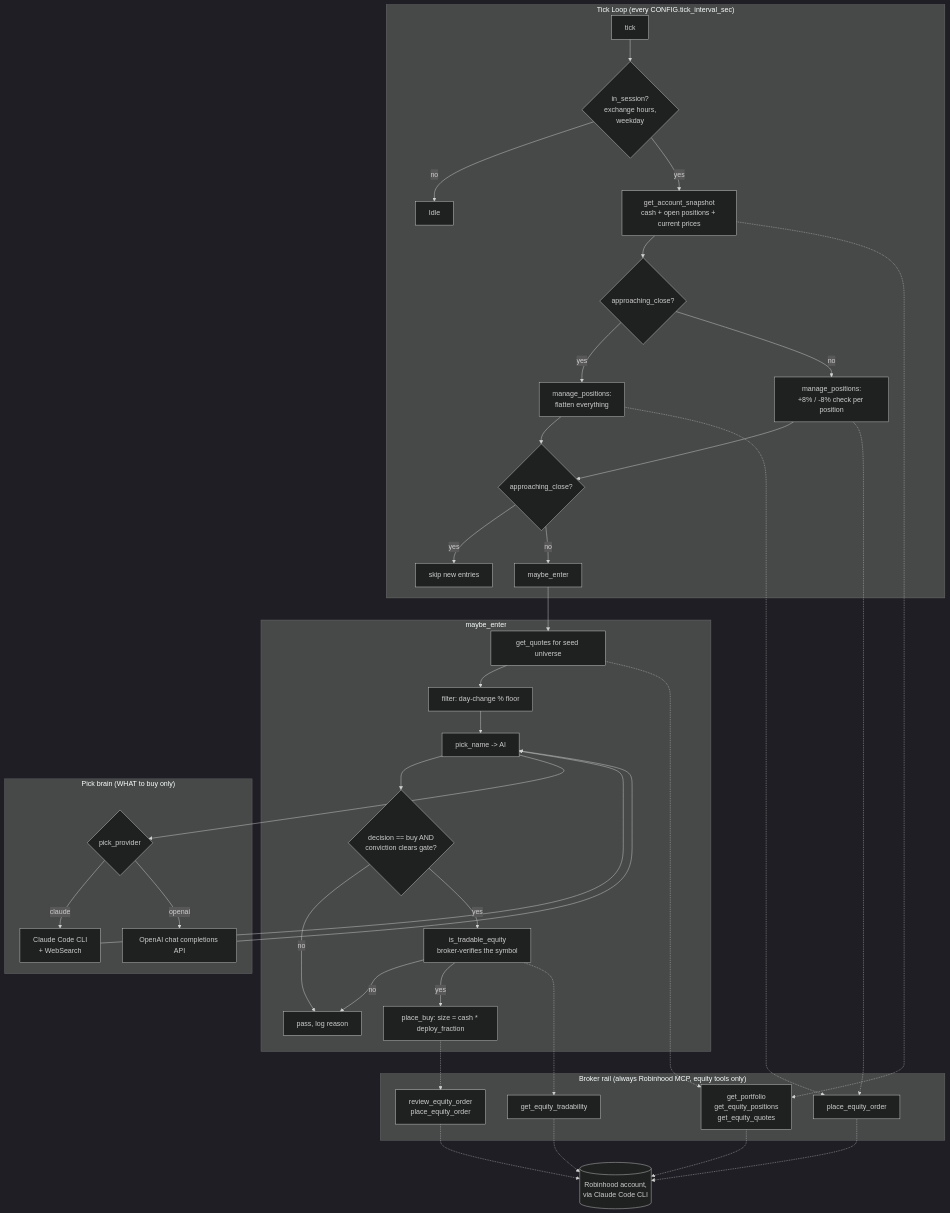
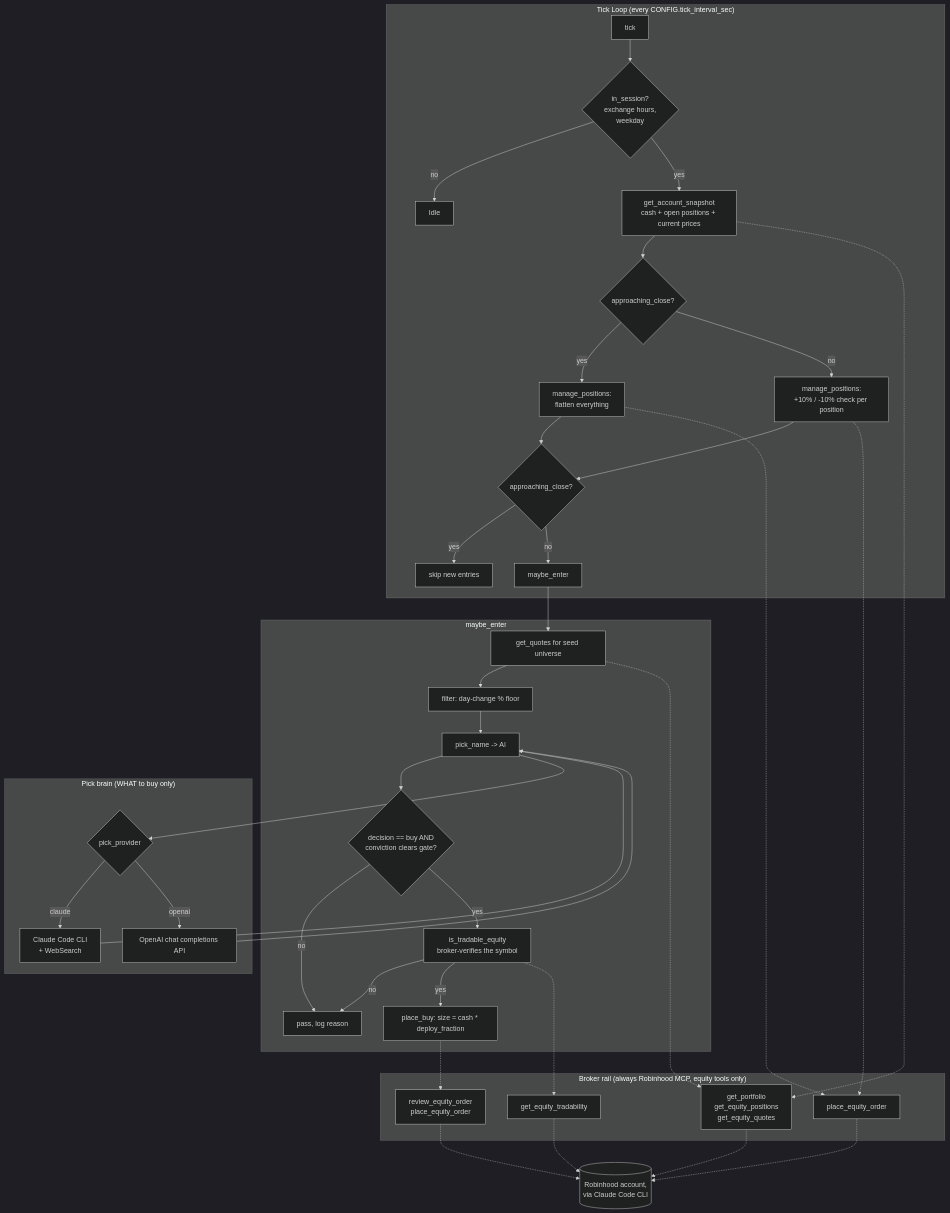
The diagram in docs/design.md (vgupta23/high-speed-trader), drawn with Mermaid (dark theme) before and after one commit. The commit also changed other lines of this file and 40 other files, not shown here.

````diff
--- a/docs/design.md
+++ b/docs/design.md
@@ -26,48 +26,48 @@
 ```mermaid
 flowchart TD
     subgraph Loop["Tick Loop (every CONFIG.tick_interval_sec)"]
         A[tick] --> B{in_session?<br/>exchange hours,<br/>weekday}
         B -- no --> Z[Idle]
         B -- yes --> C[get_account_snapshot<br/>cash + open positions + current prices]
         C --> D{approaching_close?}
         D -- yes --> E[manage_positions:<br/>flatten everything]
-        D -- no --> F[manage_positions:<br/>+8% / -8% check per position]
+        D -- no --> F[manage_positions:<br/>+10% / -10% check per position]
         E --> G
         F --> G{approaching_close?}
         G -- yes --> Z2[skip new entries]
         G -- no --> H[maybe_enter]
     end
 
     subgraph Entry["maybe_enter"]
         H --> I[get_quotes for seed universe]
         I --> J[filter: day-change % floor]
         J --> K[pick_name -> AI]
         K --> L{decision == buy AND<br/>conviction clears gate?}
         L -- no --> Z3[pass, log reason]
         L -- yes --> M[is_tradable_equity<br/>broker-verifies the symbol]
         M -- no --> Z3
         M -- yes --> N[place_buy: size = cash * deploy_fraction]
     end
 
     subgraph AI["Pick brain (WHAT to buy only)"]
         K --> P{pick_provider}
         P -- claude --> Q[Claude Code CLI<br/>+ WebSearch]
         P -- openai --> R[OpenAI chat completions API]
         Q --> K
         R --> K
     end
 
     subgraph Broker["Broker rail (always Robinhood MCP, equity tools only)"]
         C -.-> S[get_portfolio<br/>get_equity_positions<br/>get_equity_quotes]
         I -.-> S
         M -.-> T[get_equity_tradability]
         N -.-> U[review_equity_order<br/>place_equity_order]
         E -.-> V[place_equity_order]
         F -.-> V
     end
 
     S -.-> W[(Robinhood account,<br/>via Claude Code CLI)]
     T -.-> W
     U -.-> W
     V -.-> W
 ```
````
